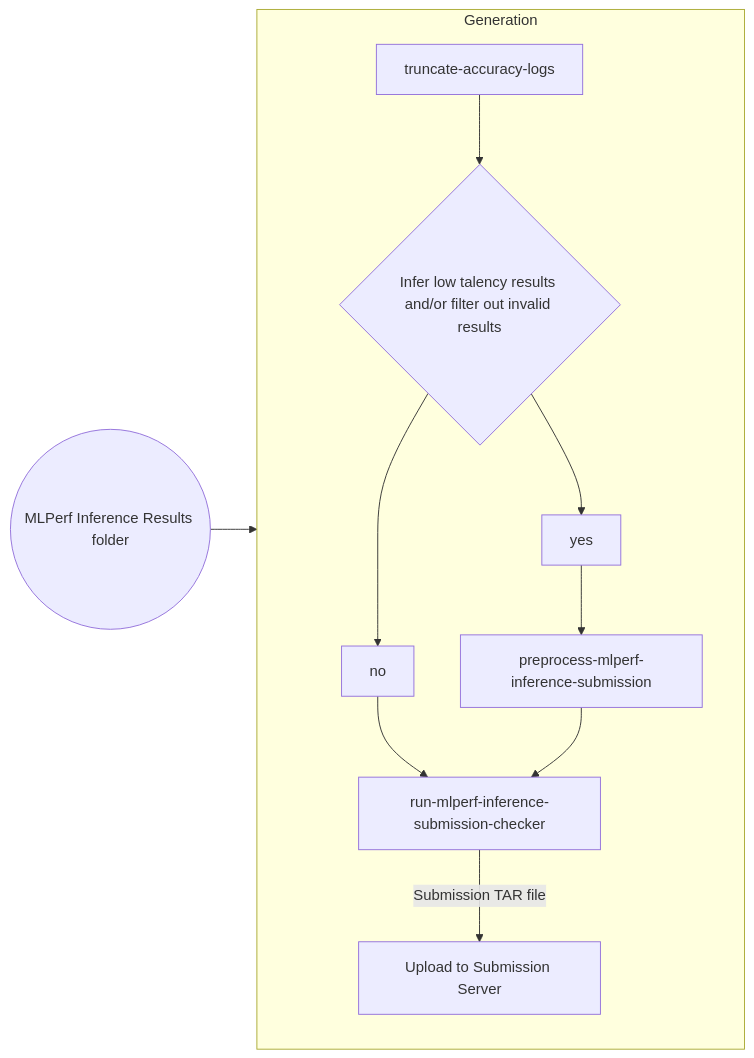
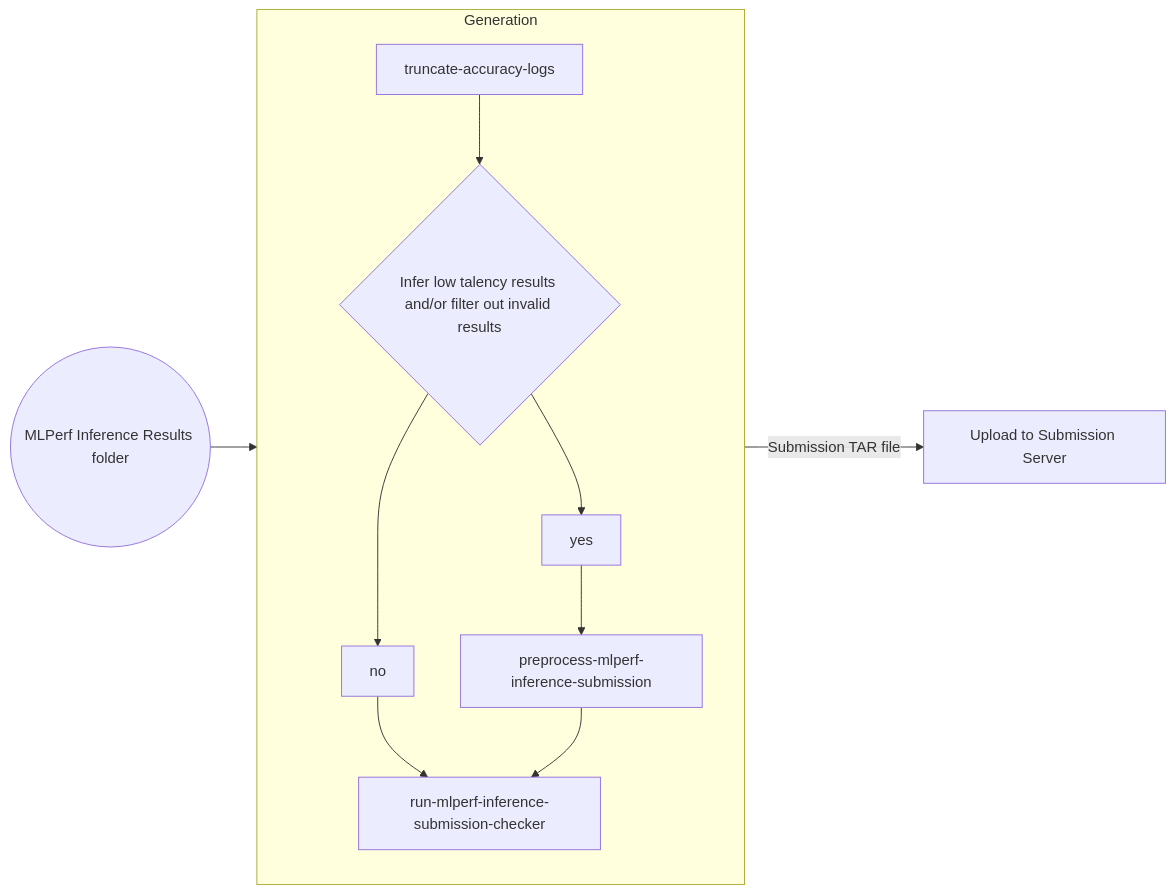
One commit to GATEOverflow/inference changed the diagram in docs/submission/index.md. Above: the diagram before and after it, drawn with Mermaid.

````diff
--- a/docs/submission/index.md
+++ b/docs/submission/index.md
@@ -13,12 +13,12 @@
 ```mermaid
 flowchart LR
     subgraph Generation
       direction TB
       C[truncate-accuracy-logs] --> D{Infer low talency results and/or filter out invalid results}
       D --> yes --> E[preprocess-mlperf-inference-submission]
       D --> no --> F[run-mlperf-inference-submission-checker]
       E --> F
-      F --  "Submission TAR file" --> H[Upload to Submission Server]
     end
     Input((MLPerf Inference Results folder)) --> Generation
+    Generation --  "Submission TAR file" --> H[Upload to Submission Server]
 ```
````
